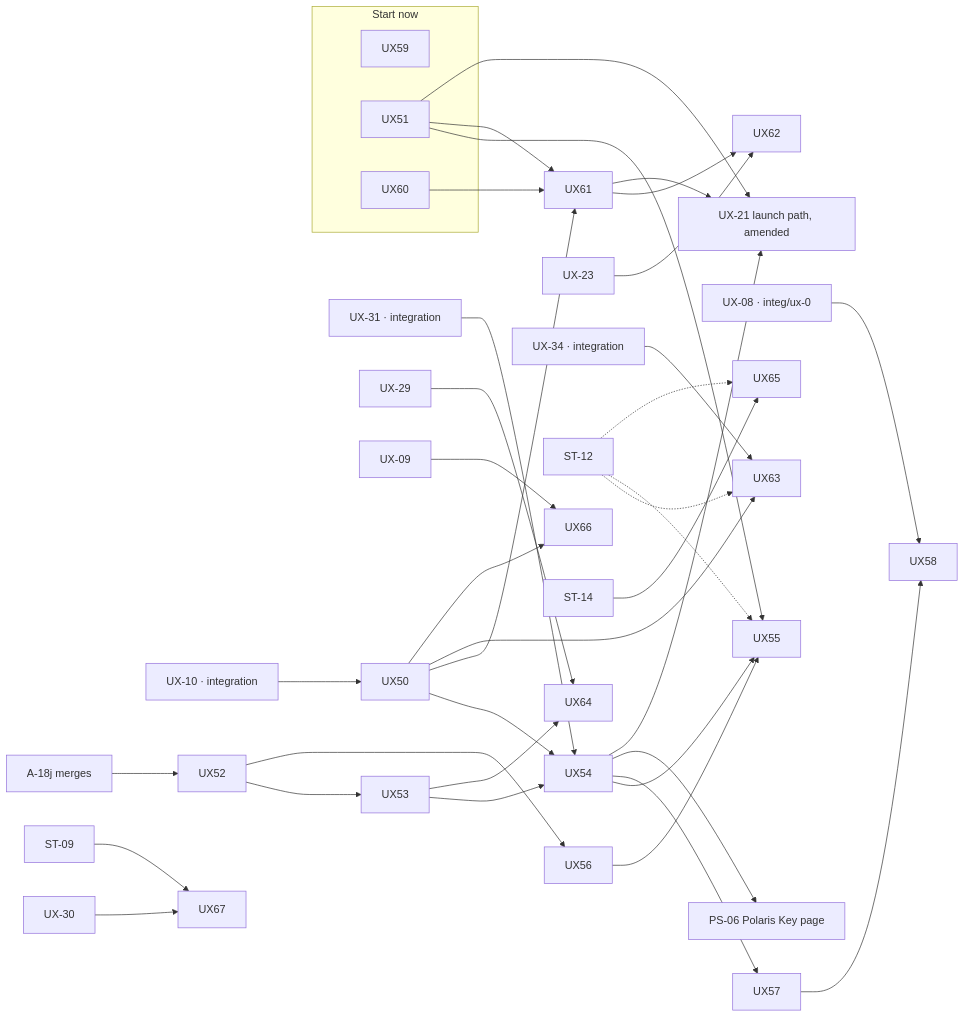
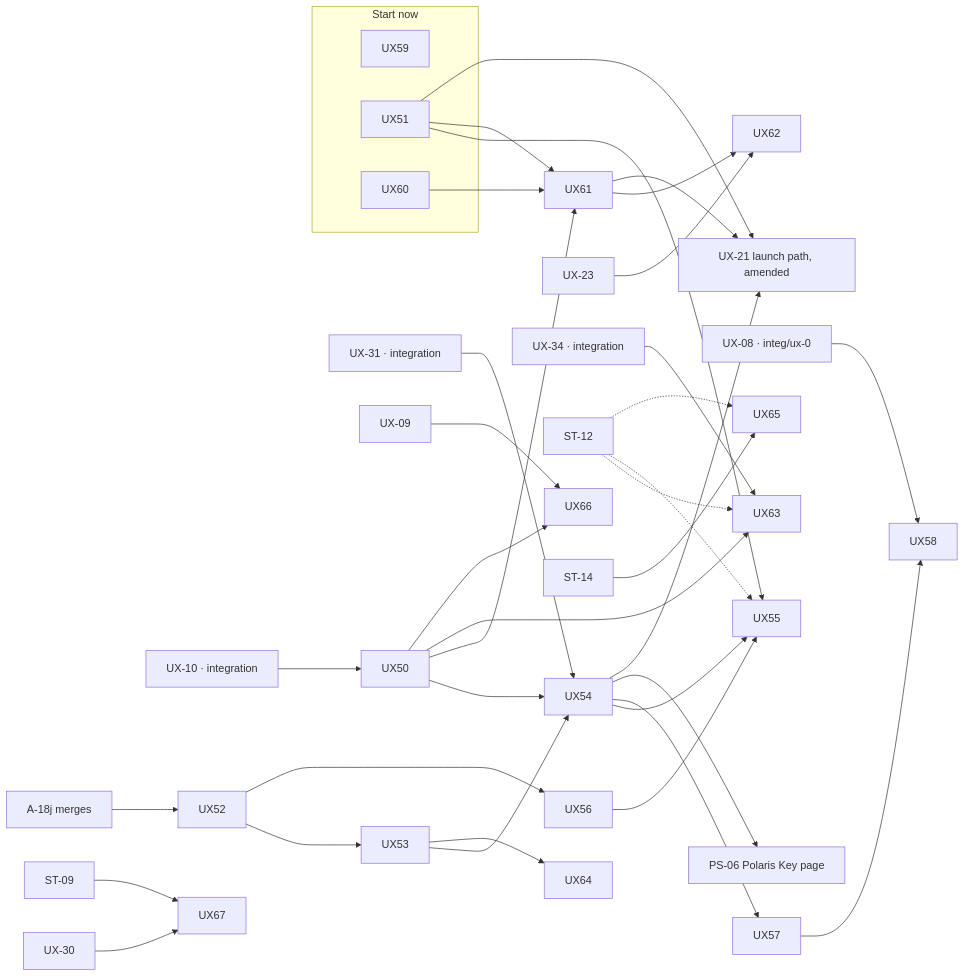
Before and after one commit to vladzaharia/polaris-key: the third of 3 diagrams in docs/design/SETUP.md, drawn with Mermaid. The commit also changed other lines of this file and 42 other files, not shown here.

````diff
--- a/docs/design/SETUP.md
+++ b/docs/design/SETUP.md
@@ -1296,38 +1408,37 @@
 ```mermaid
 flowchart LR
   subgraph NOW[Start now]
     UX59
     UX51
     UX60
   end
   UX10[UX-10 · integration] --> UX50
   A18j[A-18j merges] --> UX52 --> UX53
   UX50 --> UX54
   UX53 --> UX54
   UX31[UX-31 · integration] --> UX54
   UX52 --> UX56
   UX54 --> UX55
   UX51 --> UX55
   UX56 --> UX55
   UX54 --> UX57 --> UX58
   UX08[UX-08 · integ/ux-0] --> UX58
   UX54 --> PS06[PS-06 Polaris Key page]
   UX50 --> UX61
   UX51 --> UX61
   UX60 --> UX61
   UX23[UX-23] --> UX62
   UX61 --> UX62
   UX50 --> UX63
   UX34[UX-34 · integration] --> UX63
   ST12[ST-12] -.-> UX63 & UX55 & UX65
   UX53 --> UX64
-  UX29[UX-29] --> UX64
   ST14[ST-14] --> UX65
   UX50 --> UX66
   UX09[UX-09] --> UX66
   UX30[UX-30] --> UX67
   ST09[ST-09] --> UX67
   UX51 --> UX21[UX-21 launch path, amended]
   UX61 --> UX21
   UX54 --> UX21
 ```
````
